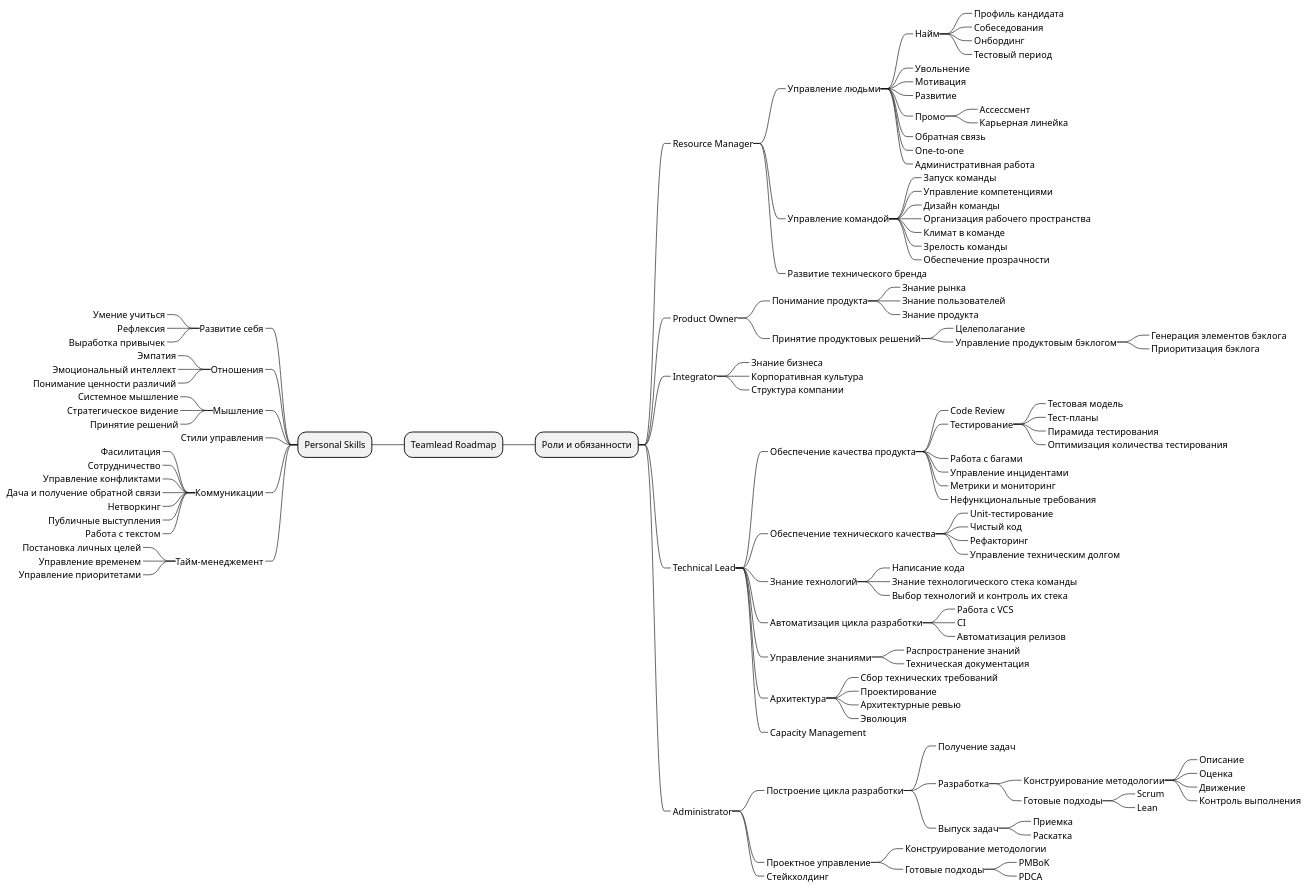
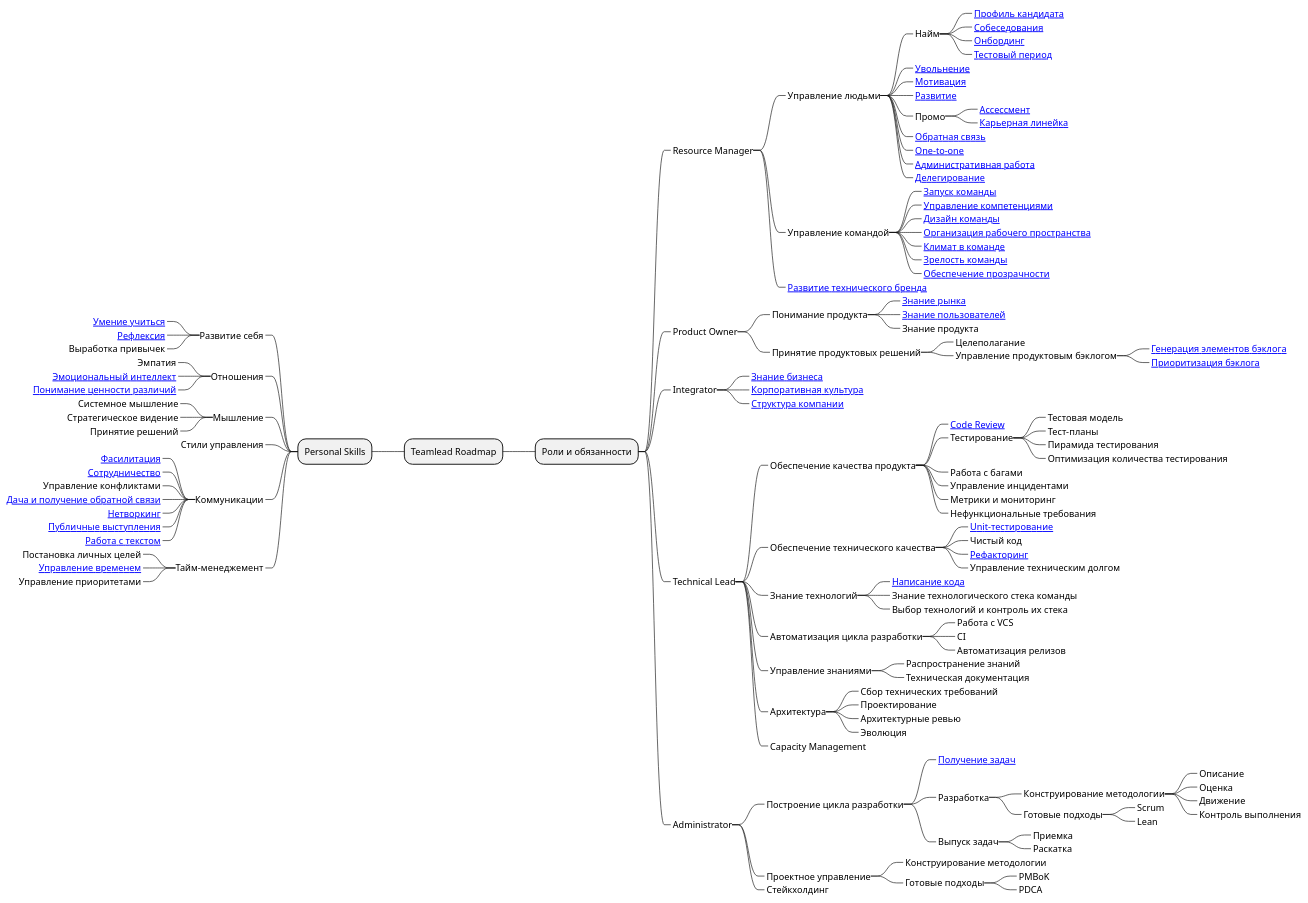
One commit to tlbootcamp/tlroadmap changed the diagram in roadmap.puml. Above: the diagram before and after it, drawn with PlantUML.

Commit message:
Added links to puml file

```diff
--- a/roadmap.puml
+++ b/roadmap.puml
@@ -1,128 +1,129 @@
 @startmindmap
 * Teamlead Roadmap
 ** Роли и обязанности
 ***_ Resource Manager
 ****_ Управление людьми
 *****_ Найм
-******_ Профиль кандидата
-******_ Собеседования
-******_ Онбординг
-******_ Тестовый период
-*****_ Увольнение
-*****_ Мотивация
-*****_ Развитие
+******_ [[https://github.com/tlbootcamp/tlroadmap/blob/master/skills/resource-manager/profile.md Профиль кандидата]]
+******_ [[https://github.com/tlbootcamp/tlroadmap/blob/master/skills/resource-manager/interview.md Собеседования]]
+******_ [[https://github.com/tlbootcamp/tlroadmap/blob/master/skills/resource-manager/onboarding.md Онбординг]]
+******_ [[https://github.com/tlbootcamp/tlroadmap/blob/master/skills/resource-manager/test-period.md Тестовый период]]
+*****_ [[https://github.com/tlbootcamp/tlroadmap/blob/master/skills/resource-manager/firing.md Увольнение]]
+*****_ [[https://github.com/tlbootcamp/tlroadmap/blob/master/skills/resource-manager/motivation.md Мотивация]]
+*****_ [[https://github.com/tlbootcamp/tlroadmap/blob/master/skills/resource-manager/development.md Развитие]]
 *****_ Промо
-******_ Ассессмент
-******_ Карьерная линейка
-*****_ Обратная связь
-*****_ One-to-one
-*****_ Административная работа
+******_ [[https://github.com/tlbootcamp/tlroadmap/blob/master/skills/resource-manager/assessment.md Ассессмент]]
+******_ [[https://github.com/tlbootcamp/tlroadmap/blob/master/skills/resource-manager/career.md Карьерная линейка]]
+*****_ [[https://github.com/tlbootcamp/tlroadmap/blob/master/skills/resource-manager/feedback.md Обратная связь]]
+*****_ [[https://github.com/tlbootcamp/tlroadmap/blob/master/skills/resource-manager/one-to-one.md One-to-one]]
+*****_ [[https://github.com/tlbootcamp/tlroadmap/blob/master/skills/resource-manager/admin.md Административная работа]]
+*****_ [[https://github.com/tlbootcamp/tlroadmap/blob/master/skills/resource-manager/delegation.md Делегирование]]
 ****_ Управление командой
-*****_ Запуск команды
-*****_ Управление компетенциями
-*****_ Дизайн команды
-*****_ Организация рабочего пространства
-*****_ Климат в команде
-*****_ Зрелость команды
-*****_ Обеспечение прозрачности
-****_ Развитие технического бренда
+*****_ [[https://github.com/tlbootcamp/tlroadmap/blob/master/skills/resource-manager/team-launch.md Запуск команды]]
+*****_ [[https://github.com/tlbootcamp/tlroadmap/blob/master/skills/resource-manager/competency-management.md Управление компетенциями]]
+*****_ [[https://github.com/tlbootcamp/tlroadmap/blob/master/skills/resource-manager/team-design.md Дизайн команды]]
+*****_ [[https://github.com/tlbootcamp/tlroadmap/blob/master/skills/resource-manager/workspace.md Организация рабочего пространства]]
+*****_ [[https://github.com/tlbootcamp/tlroadmap/blob/master/skills/resource-manager/team-climate.md Климат в команде]]
+*****_ [[https://github.com/tlbootcamp/tlroadmap/blob/master/skills/resource-manager/team-maturity.md Зрелость команды]]
+*****_ [[https://github.com/tlbootcamp/tlroadmap/blob/master/skills/resource-manager/transparency.md Обеспечение прозрачности]]
+****_ [[https://github.com/tlbootcamp/tlroadmap/blob/master/skills/resource-manager/techpr.md Развитие технического бренда]]
 ***_ Product Owner
 ****_ Понимание продукта
-*****_ Знание рынка
-*****_ Знание пользователей
+*****_ [[https://github.com/tlbootcamp/tlroadmap/blob/master/skills/product-owner/market-knowledge.md Знание рынка]]
+*****_ [[https://github.com/tlbootcamp/tlroadmap/blob/master/skills/product-owner/user-knowledge.md Знание пользователей]]
 *****_ Знание продукта
 ****_ Принятие продуктовых решений
 *****_ Целеполагание
 *****_ Управление продуктовым бэклогом
-******_ Генерация элементов бэклога
-******_ Приоритизация бэклога
+******_ [[https://github.com/tlbootcamp/tlroadmap/blob/master/skills/product-owner/backlog-generation.md Генерация элементов бэклога]]
+******_ [[https://github.com/tlbootcamp/tlroadmap/blob/master/skills/product-owner/backlog-prioritization.md Приоритизация бэклога]]
 ***_ Integrator
-****_ Знание бизнеса
-****_ Корпоративная культура
-****_ Структура компании
+****_ [[https://github.com/tlbootcamp/tlroadmap/blob/master/skills/integrator/business-knowledge.md Знание бизнеса]]
+****_ [[https://github.com/tlbootcamp/tlroadmap/blob/master/skills/integrator/corporate-culture.md Корпоративная культура]]
+****_ [[https://github.com/tlbootcamp/tlroadmap/blob/master/skills/integrator/company-structure.md Структура компании]]
 ***_ Technical Lead
 ****_ Обеспечение качества продукта
-*****_ Code Review
+*****_ [[https://github.com/tlbootcamp/tlroadmap/blob/master/skills/technical-lead/code-review.md Code Review]]
 *****_ Тестирование
 ******_ Тестовая модель
 ******_ Тест-планы
 ******_ Пирамида тестирования
 ******_ Оптимизация количества тестирования
 *****_ Работа с багами
 *****_ Управление инцидентами
 *****_ Метрики и мониторинг
 *****_ Нефункциональные требования
 ****_ Обеспечение технического качества
-*****_ Unit-тестирование
+*****_ [[https://github.com/tlbootcamp/tlroadmap/blob/master/skills/technical-lead/unit-testing.md Unit-тестирование]]
 *****_ Чистый код
-*****_ Рефакторинг
+*****_ [[https://github.com/tlbootcamp/tlroadmap/blob/master/skills/technical-lead/refactoring.md Рефакторинг]]
 *****_ Управление техническим долгом
 ****_ Знание технологий
-*****_ Написание кода
+*****_ [[https://github.com/tlbootcamp/tlroadmap/blob/master/skills/technical-lead/code.md Написание кода]]
 *****_ Знание технологического стека команды
 *****_ Выбор технологий и контроль их стека
 ****_ Автоматизация цикла разработки
 *****_ Работа с VCS
 *****_ CI
 *****_ Автоматизация релизов
 ****_ Управление знаниями
 *****_ Распространение знаний
 *****_ Техническая документация
 ****_ Архитектура
 *****_ Сбор технических требований
 *****_ Проектирование
 *****_ Архитектурные ревью
 *****_ Эволюция
 ****_ Capacity Management
 ***_ Administrator
 ****_ Построение цикла разработки
-*****_ Получение задач
+*****_ [[https://github.com/tlbootcamp/tlroadmap/blob/master/skills/administrator/task-inbox.md Получение задач]]
 *****_ Разработка
 ******_ Конструирование методологии
 *******_ Описание
 *******_ Оценка
 *******_ Движение
 *******_ Контроль выполнения
 ******_ Готовые подходы
 *******_ Scrum
 *******_ Lean
 *****_ Выпуск задач
 ******_ Приемка
 ******_ Раскатка
 ****_ Проектное управление
 *****_ Конструирование методологии
 *****_ Готовые подходы
 ******_ PMBoK
 ******_ PDCA
 ****_ Стейкхолдинг
 
 left side
 
 ** Personal Skills
 ***_ Развитие себя
-****_ Умение учиться
-****_ Рефлексия
+****_ [[https://github.com/tlbootcamp/tlroadmap/blob/master/skills/self-improvement/learning.md Умение учиться]]
+****_ [[https://github.com/tlbootcamp/tlroadmap/blob/master/skills/self-improvement/reflection.md Рефлексия]]
 ****_ Выработка привычек
 ***_ Отношения
 ****_ Эмпатия
-****_ Эмоциональный интеллект
-****_ Понимание ценности различий
+****_ [[https://github.com/tlbootcamp/tlroadmap/blob/master/skills/self-improvement/emotional-intelligence.md Эмоциональный интеллект]]
+****_ [[https://github.com/tlbootcamp/tlroadmap/blob/master/skills/self-improvement/diversity.md Понимание ценности различий]]
 ***_ Мышление
 ****_ Системное мышление
 ****_ Стратегическое видение
 ****_ Принятие решений
 ***_ Стили управления
 ***_ Коммуникации
-****_ Фасилитация
-****_ Сотрудничество
+****_ [[https://github.com/tlbootcamp/tlroadmap/blob/master/skills/self-improvement/facilitation.md Фасилитация]]
+****_ [[https://github.com/tlbootcamp/tlroadmap/blob/master/skills/self-improvement/cooperation.md Сотрудничество]]
 ****_ Управление конфликтами
-****_ Дача и получение обратной связи
-****_ Нетворкинг
-****_ Публичные выступления
-****_ Работа с текстом
+****_ [[https://github.com/tlbootcamp/tlroadmap/blob/master/skills/self-improvement/feedback.md Дача и получение обратной связи]]
+****_ [[https://github.com/tlbootcamp/tlroadmap/blob/master/skills/self-improvement/networking.md Нетворкинг]]
+****_ [[https://github.com/tlbootcamp/tlroadmap/blob/master/skills/self-improvement/public-speaking.md Публичные выступления]]
+****_ [[https://github.com/tlbootcamp/tlroadmap/blob/master/skills/self-improvement/text.md Работа с текстом]]
 ***_ Тайм-менеджемент
 ****_ Постановка личных целей
-****_ Управление временем
+****_ [[https://github.com/tlbootcamp/tlroadmap/blob/master/skills/self-improvement/time-management.md Управление временем]]
 ****_ Управление приоритетами
 
 @endmindmap
```
